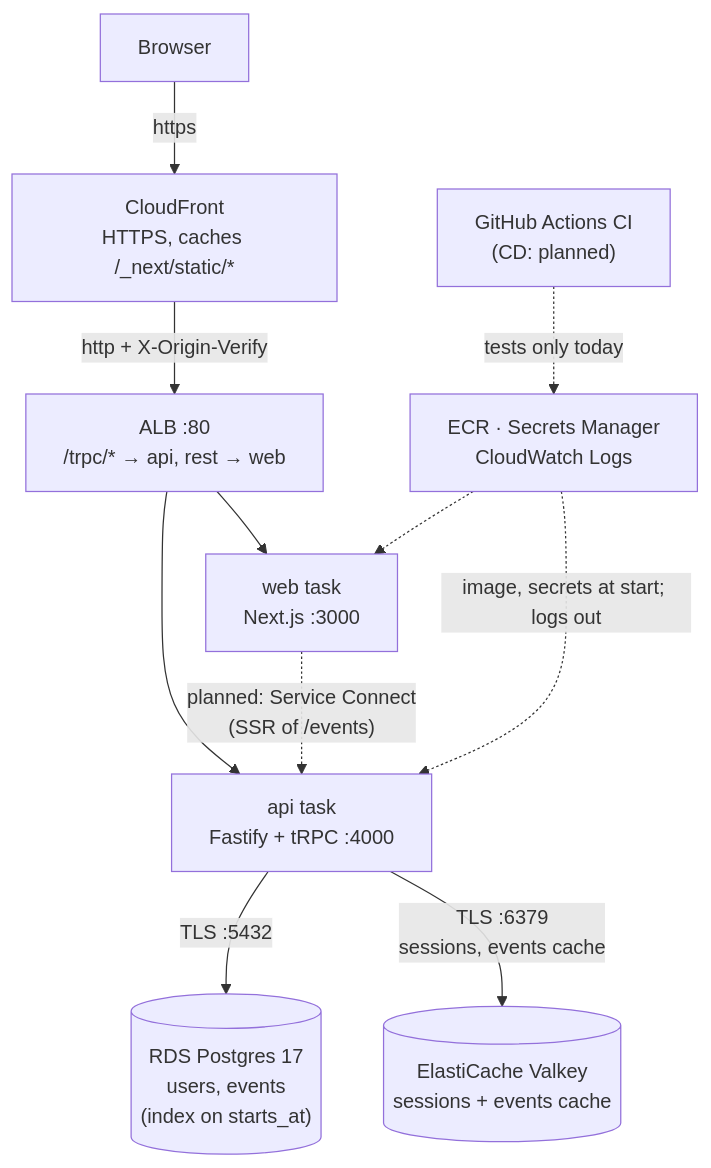
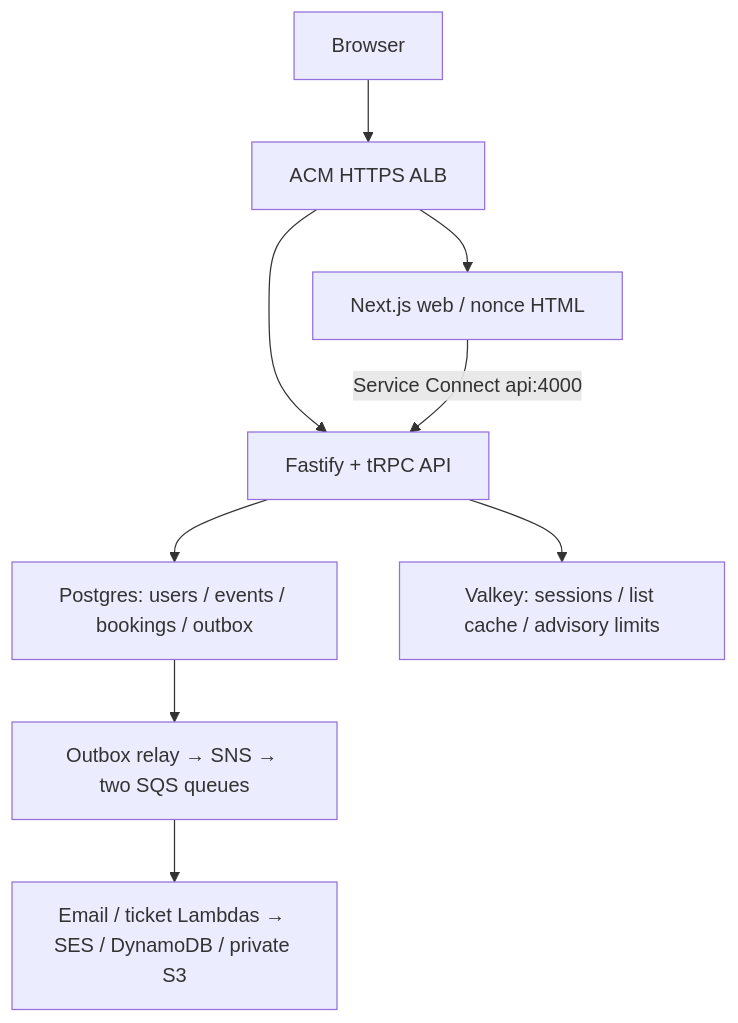
The first of 3 diagrams in docs/handbook/00-big-picture.md (maheshnd/minitickets), drawn with Mermaid before and after one commit. The commit also changed other lines of this file and 182 other files, not shown here.

````diff
--- a/docs/handbook/00-big-picture.md
+++ b/docs/handbook/00-big-picture.md
@@ -14,22 +9,11 @@
 ```mermaid
 flowchart TB
-    browser["Browser"]
-    cf["CloudFront<br/>HTTPS, caches /_next/static/*"]
-    alb["ALB :80<br/>/trpc/* → api, rest → web"]
-    web["web task<br/>Next.js :3000"]
-    api["api task<br/>Fastify + tRPC :4000"]
-    rds[("RDS Postgres 17<br/>users, events<br/>(index on starts_at)")]
-    valkey[("ElastiCache Valkey<br/>sessions + events cache")]
-    aws["ECR · Secrets Manager<br/>CloudWatch Logs"]
-    ci["GitHub Actions CI<br/>(CD: planned)"]
-    browser -->|"https"| cf
-    cf -->|"http + X-Origin-Verify"| alb
-    alb --> web
-    alb --> api
-    web -.->|"planned: Service Connect<br/>(SSR of /events)"| api
-    api -->|"TLS :5432"| rds
-    api -->|"TLS :6379<br/>sessions, events cache"| valkey
-    aws -.->|"image, secrets at start; logs out"| api
-    aws -.-> web
-    ci -.->|"tests only today"| aws
+    browser["Browser"] --> alb["ACM HTTPS ALB"]
+    alb --> web["Next.js web / nonce HTML"]
+    alb --> api["Fastify + tRPC API"]
+    web -->|"Service Connect api:4000"| api
+    api --> pg["Postgres: users / events / bookings / outbox"]
+    api --> redis["Valkey: sessions / list cache / advisory limits"]
+    pg --> async["Outbox relay → SNS → two SQS queues"]
+    async --> workers["Email / ticket Lambdas → SES / DynamoDB / private S3"]
 ```
````
